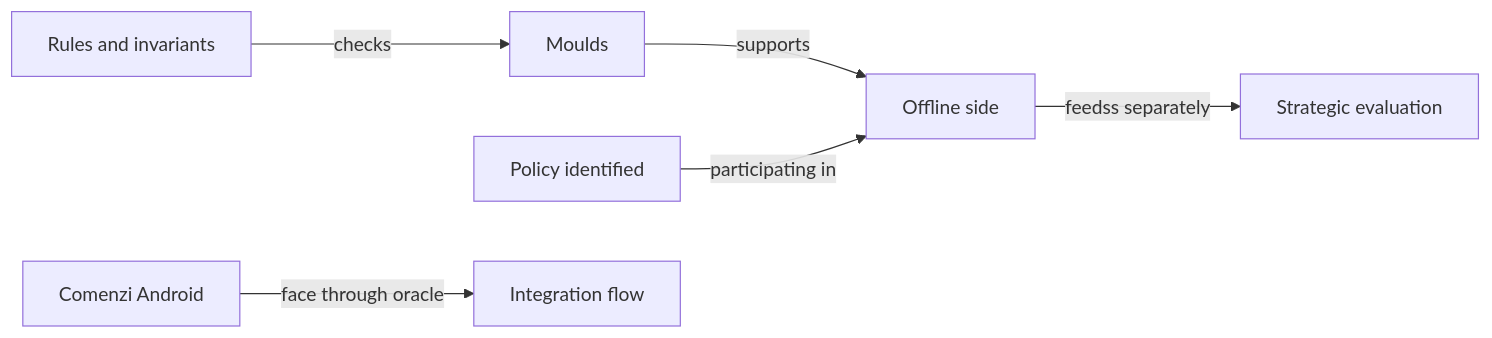
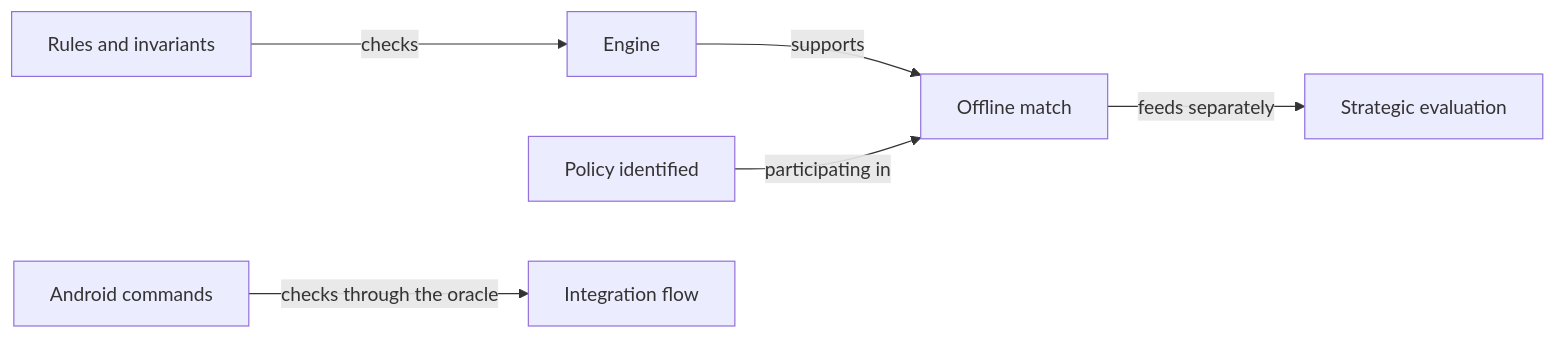
Before and after one commit to crististefanita/atf_j4: the diagram in docs/testing/ATF_Gameplay.md, drawn with Mermaid. The commit also changed other lines of this file and 126 other files, not shown here.

````diff
--- a/docs/testing/ATF_Gameplay.md
+++ b/docs/testing/ATF_Gameplay.md
@@ -9,8 +9,8 @@
 ```mermaid
 flowchart LR
-    RULES[Rules and invariants] -->|checks| CORE[Moulds]
-    CORE -->|supports| MATCH[Offline side]
+    RULES[Rules and invariants] -->|checks| CORE[Engine]
+    CORE -->|supports| MATCH[Offline match]
     POLICY[Policy identified] -->|participating in| MATCH
-    MATCH -->|feedss separately| EVAL[Strategic evaluation]
-    UI[Comenzi Android] -->|face through oracle| FLOW[Integration flow]
+    MATCH -->|feeds separately| EVAL[Strategic evaluation]
+    UI[Android commands] -->|checks through the oracle| FLOW[Integration flow]
 ```
````
